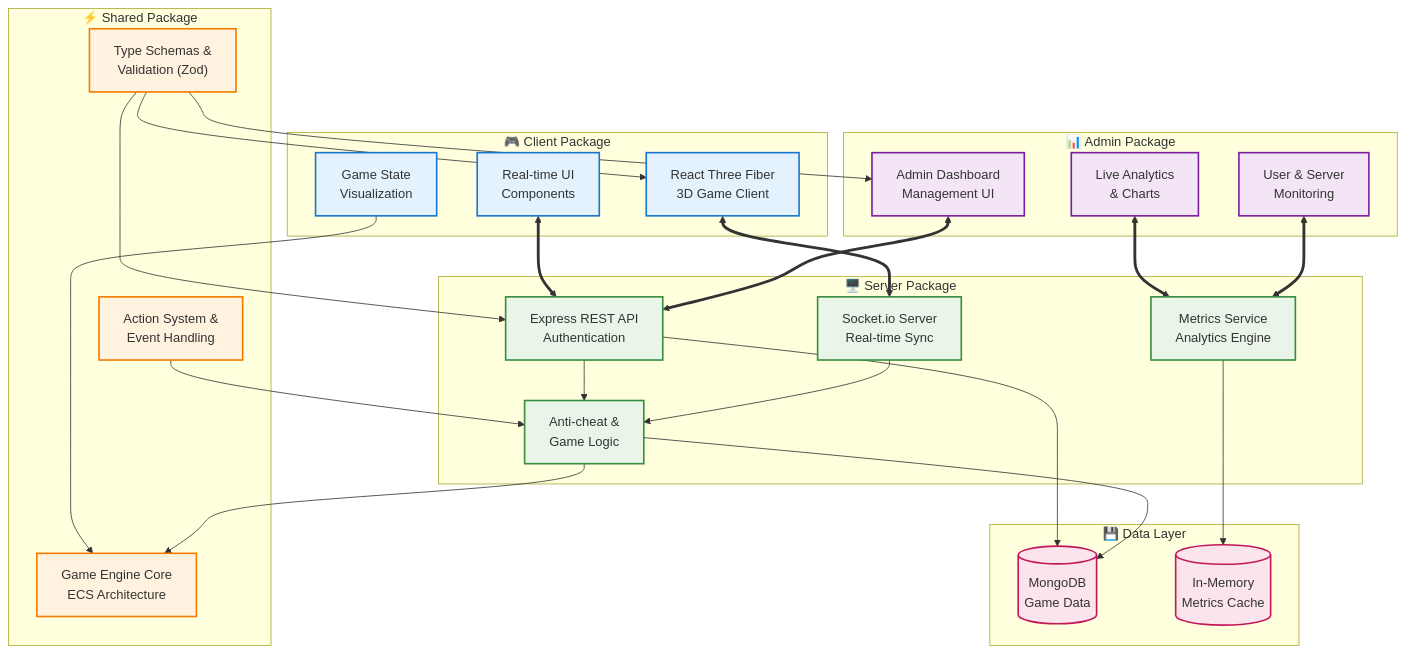
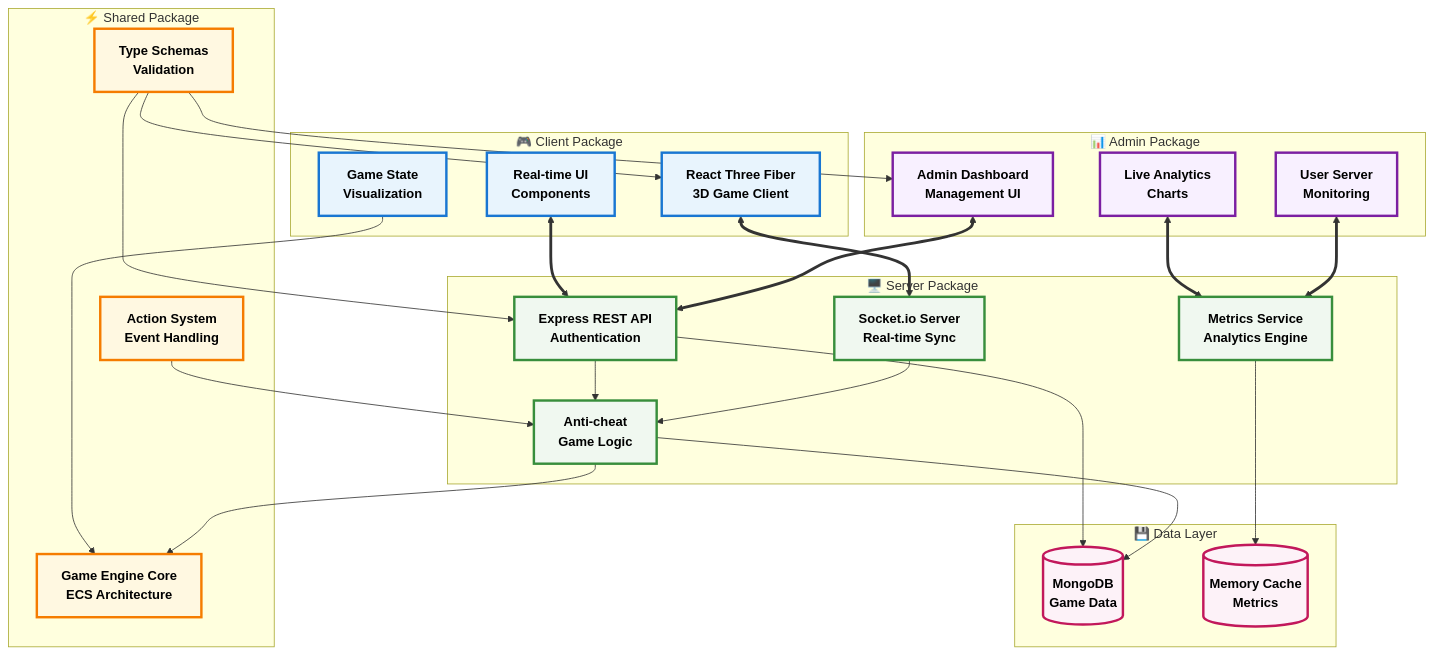
Before and after one commit to NowakAydm/GameBoilerplate: the first of 3 diagrams in README.md, drawn with Mermaid. The commit also changed other lines of this file, not shown here.

Commit message:
Upgrade Arch graph readability

````diff
--- a/README.md
+++ b/README.md
@@ -25,71 +57,71 @@
 ```mermaid
 flowchart TD
     subgraph "🎮 Client Package"
         C1["React Three Fiber<br/>3D Game Client"]
         C2["Real-time UI<br/>Components"]
         C3["Game State<br/>Visualization"]
     end
     
     subgraph "📊 Admin Package"  
         A1["Admin Dashboard<br/>Management UI"]
-        A2["Live Analytics<br/>& Charts"]
-        A3["User & Server<br/>Monitoring"]
+        A2["Live Analytics<br/>Charts"]
+        A3["User Server<br/>Monitoring"]
     end
     
     subgraph "🖥️ Server Package"
         S1["Express REST API<br/>Authentication"]
         S2["Socket.io Server<br/>Real-time Sync"]
         S3["Metrics Service<br/>Analytics Engine"]
-        S4["Anti-cheat &<br/>Game Logic"]
+        S4["Anti-cheat<br/>Game Logic"]
     end
     
     subgraph "⚡ Shared Package"
         SH1["Game Engine Core<br/>ECS Architecture"]
-        SH2["Action System &<br/>Event Handling"]
-        SH3["Type Schemas &<br/>Validation (Zod)"]
+        SH2["Action System<br/>Event Handling"]
+        SH3["Type Schemas<br/>Validation"]
     end
     
     subgraph "💾 Data Layer"
         DB[(MongoDB<br/>Game Data)]
-        CACHE[(In-Memory<br/>Metrics Cache)]
+        CACHE[(Memory Cache<br/>Metrics)]
     end
 
     %% Client connections
     C1 <==> S2
     C2 <==> S1
     C3 --> SH1
     
     %% Admin connections  
     A1 <==> S1
     A2 <==> S3
     A3 <==> S3
     
     %% Server internal
     S1 --> S4
     S2 --> S4
     S3 --> CACHE
     S4 --> SH1
     
     %% Data persistence
     S1 --> DB
     S4 --> DB
     
     %% Shared dependencies
     SH3 --> C1
     SH3 --> S1  
     SH3 --> A1
     SH2 --> S4
     
-    %% Styling for clarity
-    classDef clientStyle fill:#e3f2fd,stroke:#1976d2,stroke-width:2px
-    classDef adminStyle fill:#f3e5f5,stroke:#7b1fa2,stroke-width:2px  
-    classDef serverStyle fill:#e8f5e8,stroke:#388e3c,stroke-width:2px
-    classDef sharedStyle fill:#fff3e0,stroke:#f57c00,stroke-width:2px
-    classDef dataStyle fill:#fce4ec,stroke:#c2185b,stroke-width:2px
+    %% Enhanced styling for better readability
+    classDef clientStyle fill:#e8f4fd,stroke:#1976d2,stroke-width:3px,color:#000000,font-weight:bold
+    classDef adminStyle fill:#f8f0ff,stroke:#7b1fa2,stroke-width:3px,color:#000000,font-weight:bold
+    classDef serverStyle fill:#f0f8f0,stroke:#388e3c,stroke-width:3px,color:#000000,font-weight:bold
+    classDef sharedStyle fill:#fff8e1,stroke:#f57c00,stroke-width:3px,color:#000000,font-weight:bold
+    classDef dataStyle fill:#fdf2f8,stroke:#c2185b,stroke-width:3px,color:#000000,font-weight:bold
     
     class C1,C2,C3 clientStyle
     class A1,A2,A3 adminStyle
     class S1,S2,S3,S4 serverStyle
     class SH1,SH2,SH3 sharedStyle
     class DB,CACHE dataStyle
 ```
````
